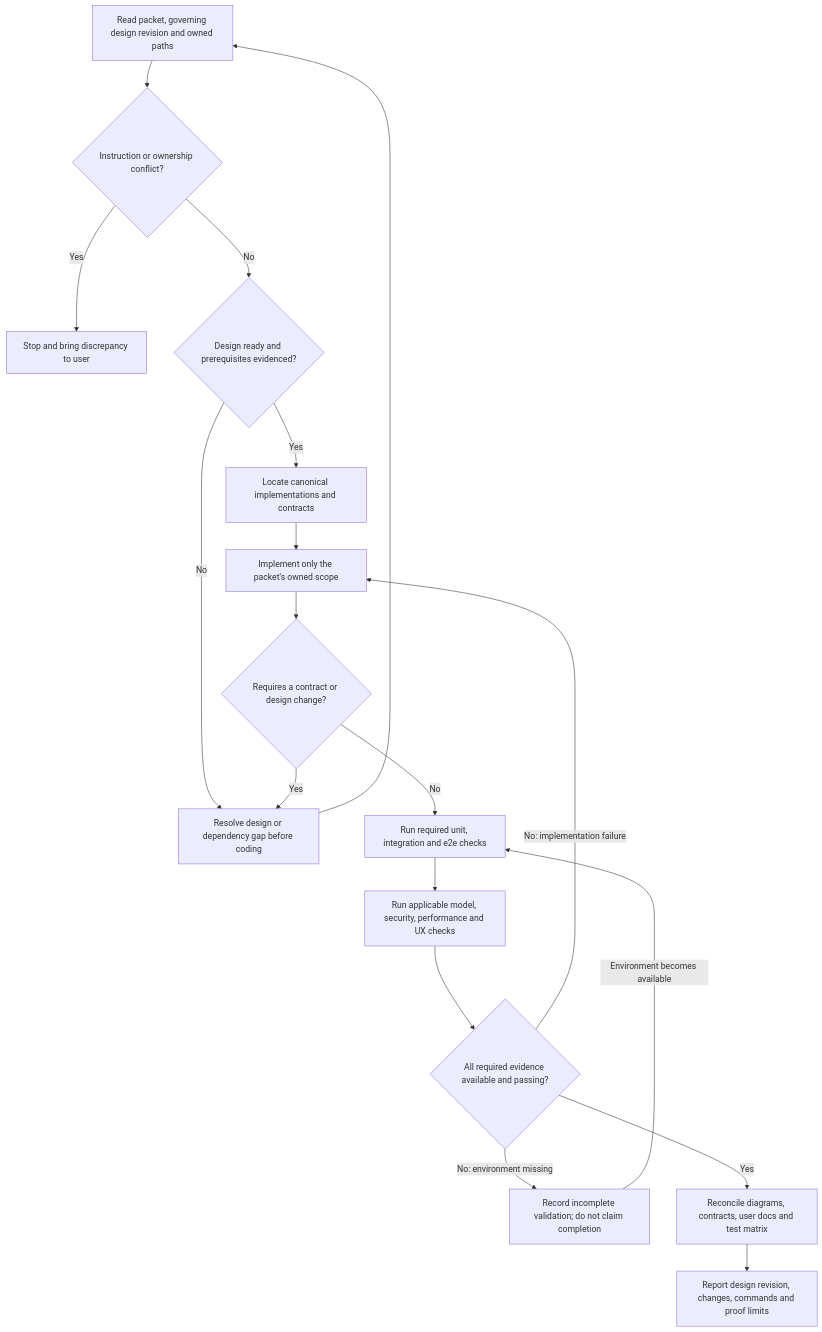
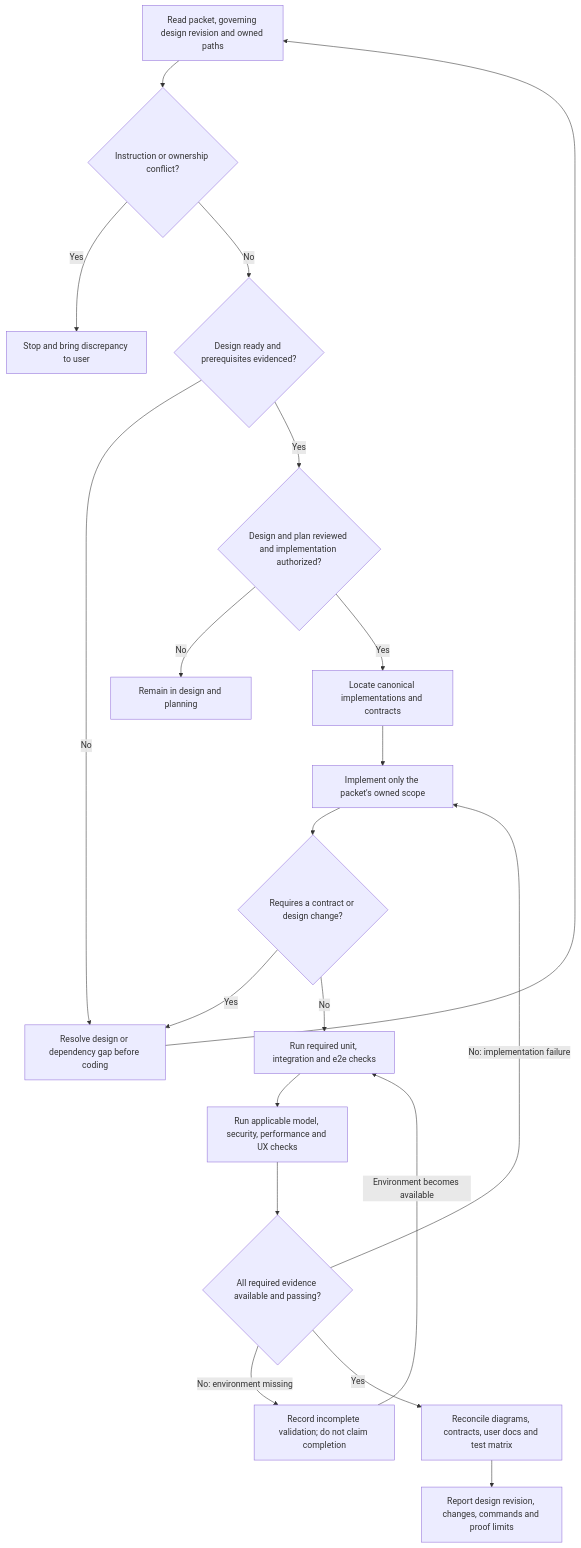
One commit to pidster/asura changed the second of 3 diagrams in docs/plans/implementation.md. Above: the diagram before and after it, drawn with Mermaid. The commit also changed other lines of this file and 10 other files, not shown here.

Commit message:
Define storage modes and resolve architecture review findings

````diff
--- a/docs/plans/implementation.md
+++ b/docs/plans/implementation.md
@@ -147,20 +176,22 @@
 ```mermaid
 flowchart TD
     Packet["Read packet, governing design revision and owned paths"] --> Conflict{"Instruction or ownership conflict?"}
     Conflict -->|Yes| Stop["Stop and bring discrepancy to user"]
     Conflict -->|No| Ready{"Design ready and prerequisites evidenced?"}
     Ready -->|No| Design["Resolve design or dependency gap before coding"]
     Design --> Packet
-    Ready -->|Yes| Reuse["Locate canonical implementations and contracts"]
+    Ready -->|Yes| Authority{"Design and plan reviewed and implementation authorized?"}
+    Authority -->|No| Hold["Remain in design and planning"]
+    Authority -->|Yes| Reuse["Locate canonical implementations and contracts"]
     Reuse --> Implement["Implement only the packet's owned scope"]
     Implement --> Changed{"Requires a contract or design change?"}
     Changed -->|Yes| Design
     Changed -->|No| Tests["Run required unit, integration and e2e checks"]
     Tests --> Extra["Run applicable model, security, performance and UX checks"]
     Extra --> Pass{"All required evidence available and passing?"}
     Pass -->|No: implementation failure| Implement
     Pass -->|No: environment missing| Gap["Record incomplete validation; do not claim completion"]
     Gap -->|Environment becomes available| Tests
     Pass -->|Yes| Docs["Reconcile diagrams, contracts, user docs and test matrix"]
     Docs --> Handoff["Report design revision, changes, commands and proof limits"]
 ```
````
